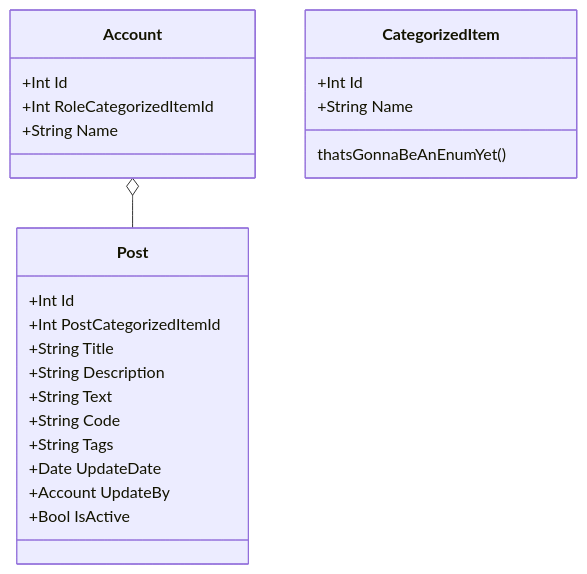
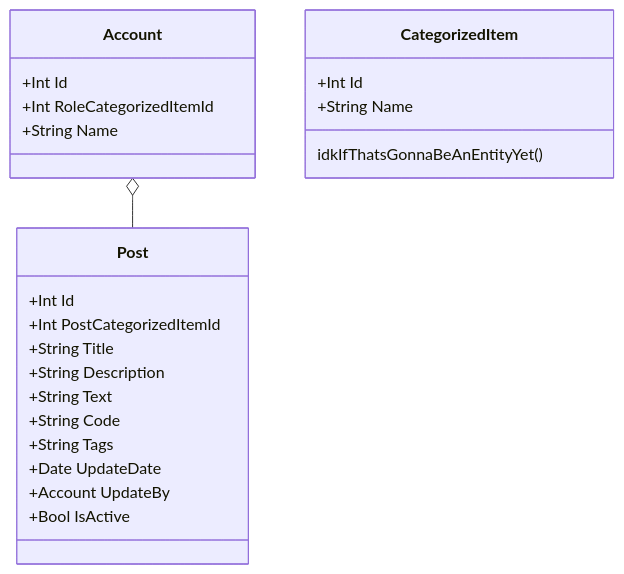
Before and after one commit to Str34kk/HBstack: the second of 2 diagrams in README.md, drawn with Mermaid.

````diff
--- a/README.md
+++ b/README.md
@@ -50,27 +50,27 @@
 ```mermaid
 classDiagram
     class Account{
         +Int Id
         +Int RoleCategorizedItemId
         +String Name
     }
     class CategorizedItem{
         +Int Id
         +String Name
-        thatsGonnaBeAnEnumYet()
+        idkIfThatsGonnaBeAnEntityYet()
     }
     class Post{
         +Int Id
         +Int PostCategorizedItemId
         +String Title
         +String Description
         +String Text
         +String Code
         +String Tags
         +Date UpdateDate
         +Account UpdateBy
         +Bool IsActive
     }
 
     Account o-- Post
 ```
````
